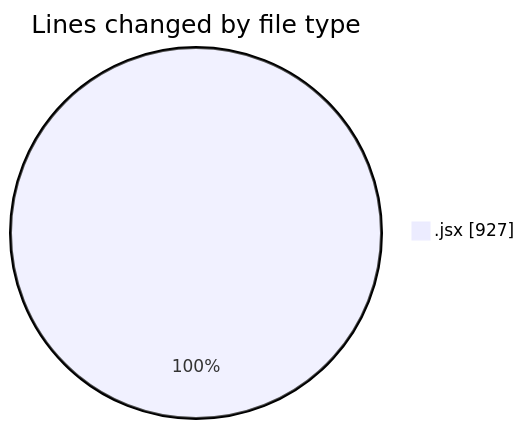
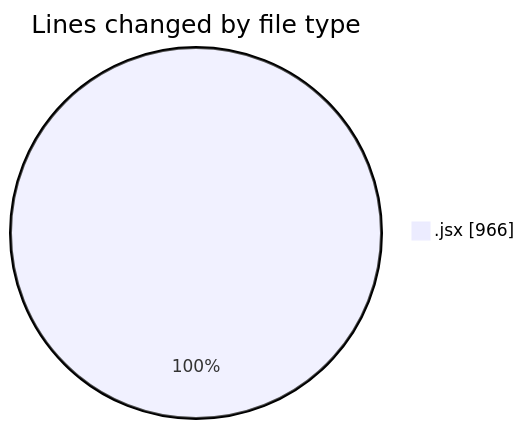
Before and after one commit to nxtqubesakshisongat/code-tracking: the first of 2 diagrams in 2025-05-10/argos-dev/README.md, drawn with Mermaid. The commit also changed other lines of this file and 1 other file, not shown here.

````diff
--- a/2025-05-10/argos-dev/README.md
+++ b/2025-05-10/argos-dev/README.md
@@ -21,5 +21,5 @@
 ```mermaid
 pie showData
 title Lines changed by file type
-".jsx" : 927
+".jsx" : 966
 ```
````
